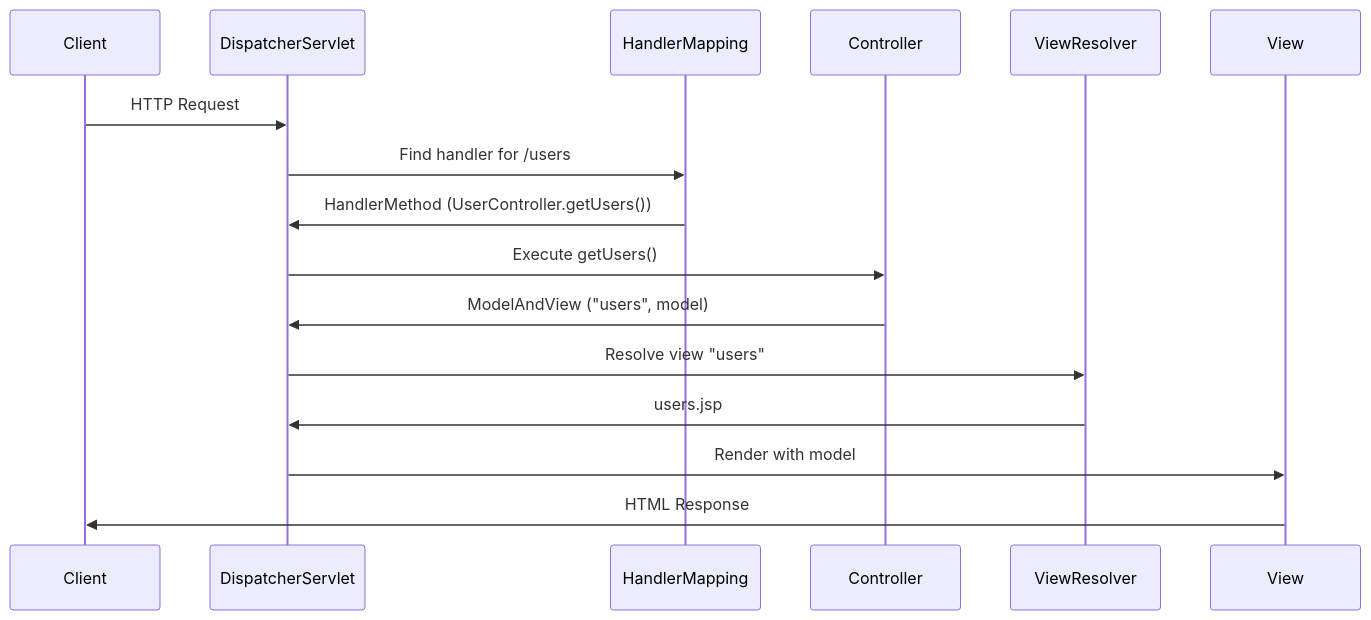
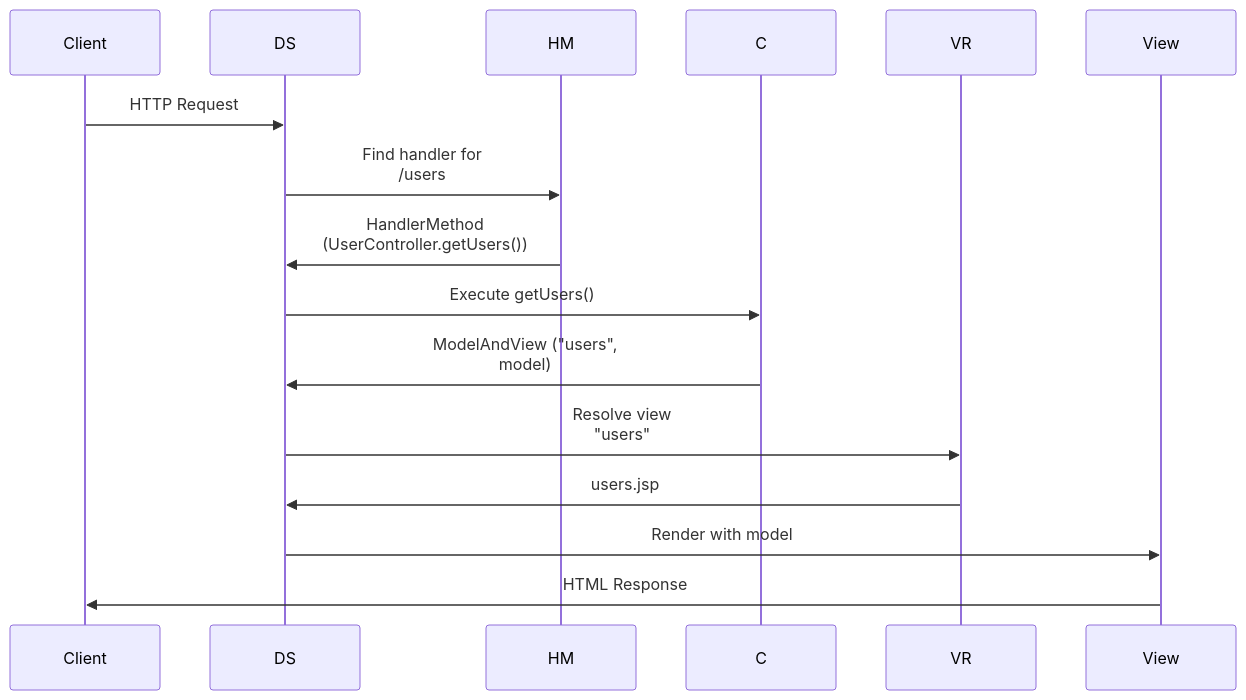
The diagram in 02-Semester-VI/CS-351-MJ-T-Advanced-Java/Unit-5.md (amitdevx/TY), drawn with Mermaid before and after one commit. The commit also changed 65 other files, not shown here.

Commit message:
fix:graph vertical

````diff
--- a/02-Semester-VI/CS-351-MJ-T-Advanced-Java/Unit-5.md
+++ b/02-Semester-VI/CS-351-MJ-T-Advanced-Java/Unit-5.md
@@ -206,19 +206,19 @@
 ```mermaid
 sequenceDiagram
   participant Client
-  participant DS as DispatcherServlet
-  participant HM as HandlerMapping
-  participant C as Controller
-  participant VR as ViewResolver
+  participant DS
+  participant HM
+  participant C
+  participant VR
   participant View
 
   Client->>DS: HTTP Request
-  DS->>HM: Find handler for /users
-  HM->>DS: HandlerMethod (UserController.getUsers())
+  DS->>HM: Find handler for<br/>/users
+  HM->>DS: HandlerMethod<br/>(UserController.getUsers())
   DS->>C: Execute getUsers()
-  C->>DS: ModelAndView ("users", model)
-  DS->>VR: Resolve view "users"
+  C->>DS: ModelAndView ("users",<br/>model)
+  DS->>VR: Resolve view<br/>"users"
   VR->>DS: users.jsp
   DS->>View: Render with model
   View->>Client: HTML Response
 ```
````
